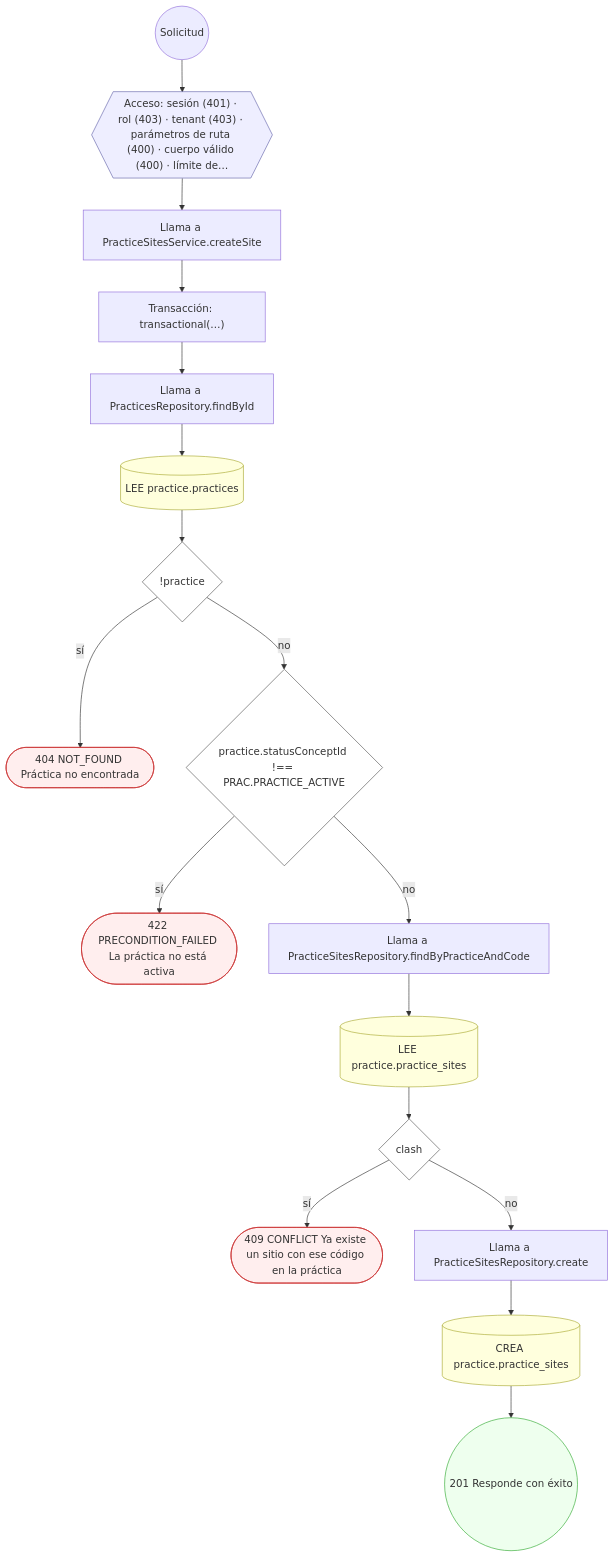
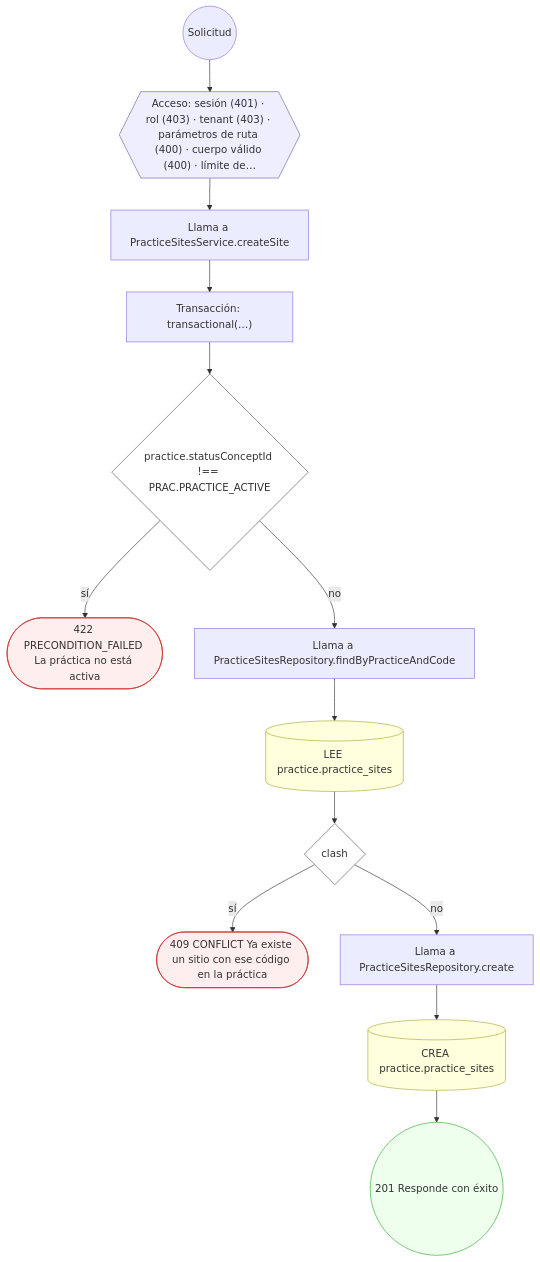
Before and after one commit to mdavila-2001/mantra-core-health-api: diagram 14 of 30 in docs/inventario/flujos/practice.md, drawn with Mermaid. The commit also changed other lines of this file and 438 other files, not shown here.

````diff
--- a/docs/inventario/flujos/practice.md
+++ b/docs/inventario/flujos/practice.md
@@ -924,42 +914,34 @@
 ```mermaid
 flowchart TD
   n1(("Solicitud")):::inicio
   n2{{"Acceso: sesión (401) · rol (403) · tenant (403) · parámetros de ruta (400) · cuerpo válido (400) · límite de…"}}:::acceso
   n1 --> n2
   n3["Llama a PracticeSitesService.createSite"]:::llamada
   n2 --> n3
   n4["Transacción: transactional(…)"]:::transaccion
   n3 --> n4
-  n5["Llama a PracticesRepository.findById"]:::llamada
+  n5{"practice.statusConceptId !== PRAC.PRACTICE_ACTIVE"}:::decision
   n4 --> n5
-  n6[("LEE practice.practices")]:::efecto
-  n5 --> n6
-  n7{"!practice"}:::decision
-  n6 --> n7
-  n8(["404 NOT_FOUND Práctica no encontrada"]):::error
-  n7 -->|"sí"| n8
-  n9{"practice.statusConceptId !== PRAC.PRACTICE_ACTIVE"}:::decision
-  n7 -->|"no"| n9
-  n10(["422 PRECONDITION_FAILED La práctica no está activa"]):::error
+  n6(["422 PRECONDITION_FAILED La práctica no está activa"]):::error
+  n5 -->|"sí"| n6
+  n7["Llama a PracticeSitesRepository.findByPracticeAndCode"]:::llamada
+  n5 -->|"no"| n7
+  n8[("LEE practice.practice_sites")]:::efecto
+  n7 --> n8
+  n9{"clash"}:::decision
+  n8 --> n9
+  n10(["409 CONFLICT Ya existe un sitio con ese código en la práctica"]):::error
   n9 -->|"sí"| n10
-  n11["Llama a PracticeSitesRepository.findByPracticeAndCode"]:::llamada
+  n11["Llama a PracticeSitesRepository.create"]:::llamada
   n9 -->|"no"| n11
-  n12[("LEE practice.practice_sites")]:::efecto
+  n12[("CREA practice.practice_sites")]:::efecto
   n11 --> n12
-  n13{"clash"}:::decision
+  n13(("201 Responde con éxito")):::ok
   n12 --> n13
-  n14(["409 CONFLICT Ya existe un sitio con ese código en la práctica"]):::error
-  n13 -->|"sí"| n14
-  n15["Llama a PracticeSitesRepository.create"]:::llamada
-  n13 -->|"no"| n15
-  n16[("CREA practice.practice_sites")]:::efecto
-  n15 --> n16
-  n17(("201 Responde con éxito")):::ok
-  n16 --> n17
   classDef acceso fill:#eef,stroke:#66a
   classDef error fill:#fee,stroke:#c33
   classDef ok fill:#efe,stroke:#3a3
   classDef efecto fill:#ffd,stroke:#aa3
   classDef decision fill:#fff,stroke:#555
   classDef corte fill:#eee,stroke:#999,stroke-dasharray: 4
 ```
````
